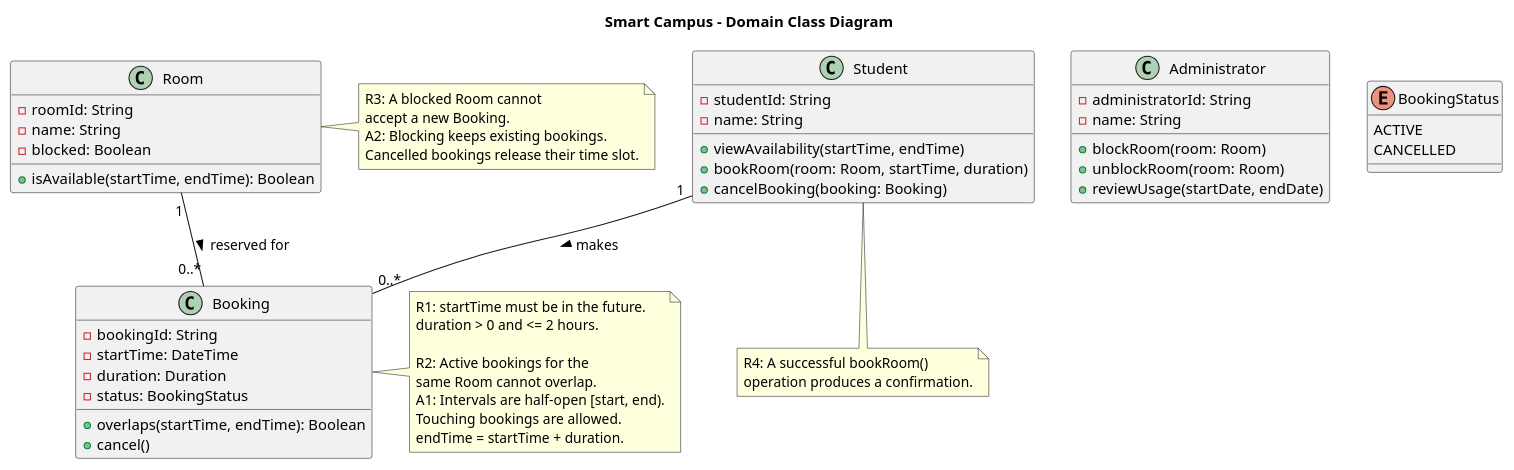
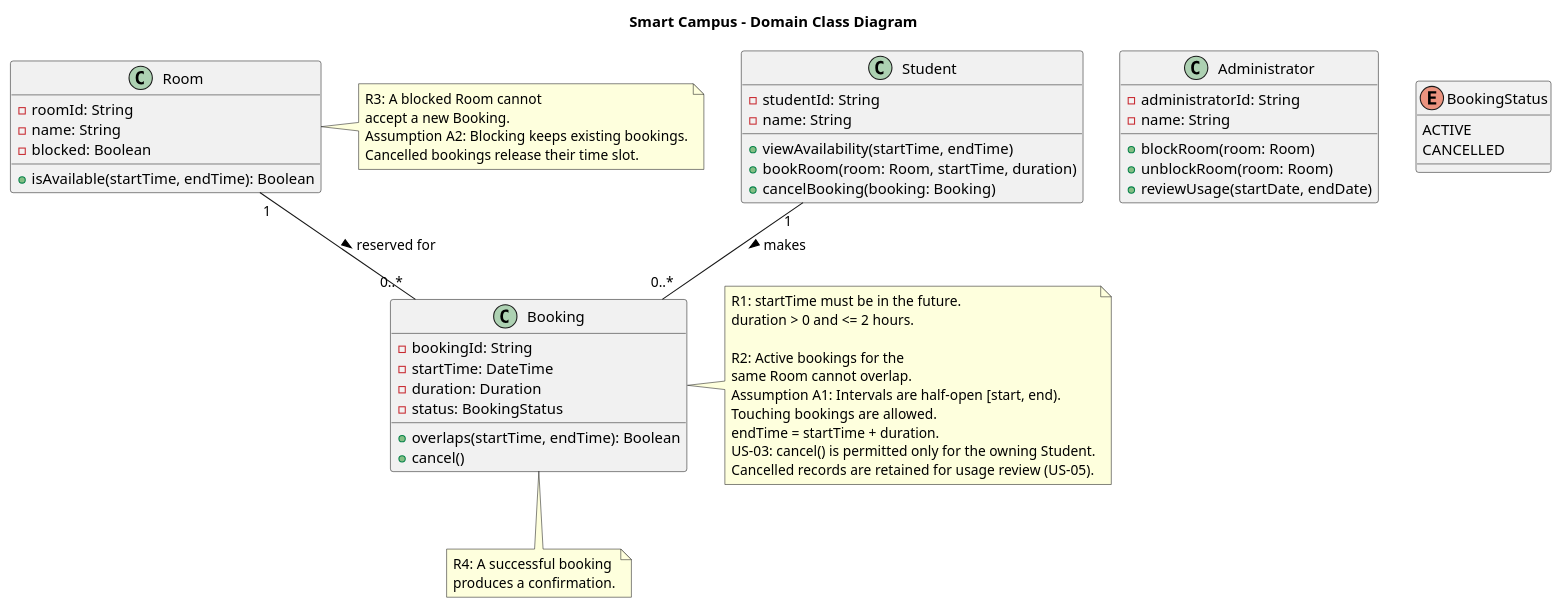
One commit to keshuba1ev/se-practice changed the diagram in week-04/models/class.puml. Above: the diagram before and after it, drawn with PlantUML. The commit also changed 7 other files, not shown here.

Commit message:
week-04: critique decisions, rendered diagrams and real checker evidence

```diff
--- a/week-04/models/class.puml
+++ b/week-04/models/class.puml
@@ -1,67 +1,69 @@
 @startuml
 title Smart Campus - Domain Class Diagram
 
 class Student {
     - studentId: String
     - name: String
     + viewAvailability(startTime, endTime)
     + bookRoom(room: Room, startTime, duration)
     + cancelBooking(booking: Booking)
 }
 
 class Room {
     - roomId: String
     - name: String
     - blocked: Boolean
     + isAvailable(startTime, endTime): Boolean
 }
 
 class Booking {
     - bookingId: String
     - startTime: DateTime
     - duration: Duration
     - status: BookingStatus
     + overlaps(startTime, endTime): Boolean
     + cancel()
 }
 
 class Administrator {
     - administratorId: String
     - name: String
     + blockRoom(room: Room)
     + unblockRoom(room: Room)
     + reviewUsage(startDate, endDate)
 }
 
 enum BookingStatus {
     ACTIVE
     CANCELLED
 }
 
 Student "1" -- "0..*" Booking : makes >
 Room "1" -- "0..*" Booking : reserved for >
 
 note right of Booking
 R1: startTime must be in the future.
 duration > 0 and <= 2 hours.
 
 R2: Active bookings for the
 same Room cannot overlap.
-A1: Intervals are half-open [start, end).
+Assumption A1: Intervals are half-open [start, end).
 Touching bookings are allowed.
 endTime = startTime + duration.
+US-03: cancel() is permitted only for the owning Student.
+Cancelled records are retained for usage review (US-05).
 end note
 
 note right of Room
 R3: A blocked Room cannot
 accept a new Booking.
-A2: Blocking keeps existing bookings.
+Assumption A2: Blocking keeps existing bookings.
 Cancelled bookings release their time slot.
 end note
 
-note bottom of Student
-R4: A successful bookRoom()
-operation produces a confirmation.
+note bottom of Booking
+R4: A successful booking
+produces a confirmation.
 end note
 
 @enduml
```
